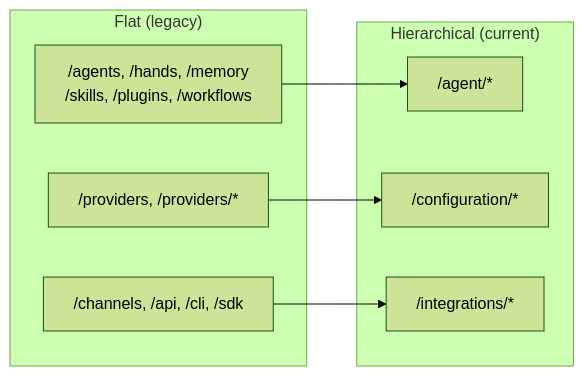
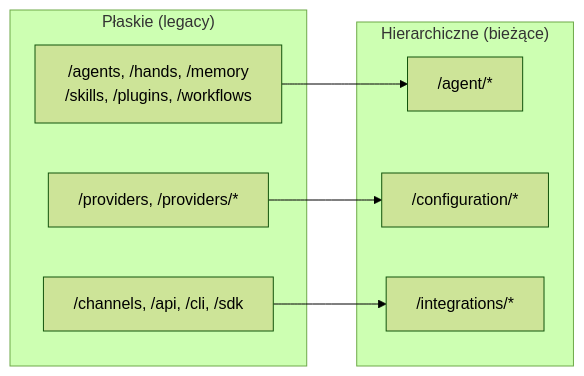
Before and after one commit to leszek3737/librefang-WIki: the diagram in docs-public.md, drawn with Mermaid (forest theme). The commit also changed other lines of this file and 104 other files, not shown here.

````diff
--- a/docs-public.md
+++ b/docs-public.md
@@ -58,18 +56,18 @@
 ```mermaid
 graph LR
-    subgraph "Flat (legacy)"
+    subgraph "Płaskie (legacy)"
     A["/agents, /hands, /memory<br/>/skills, /plugins, /workflows"]
     P["/providers, /providers/*"]
     C["/channels, /api, /cli, /sdk"]
     end
 
-    subgraph "Hierarchical (current)"
+    subgraph "Hierarchiczne (bieżące)"
     AG["/agent/*"]
     CF["/configuration/*"]
     IG["/integrations/*"]
     end
 
     A --> AG
     P --> CF
     C --> IG
 ```
````
